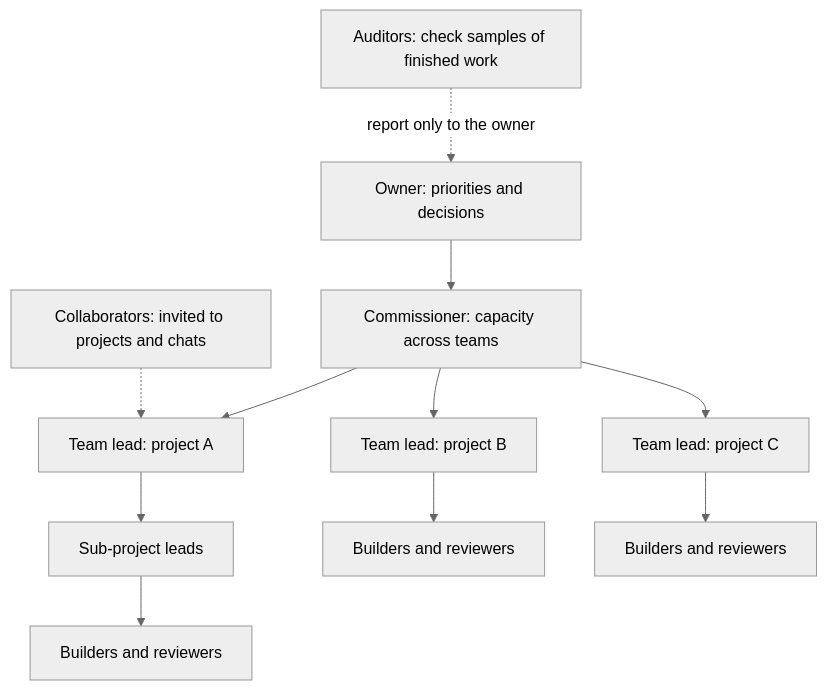
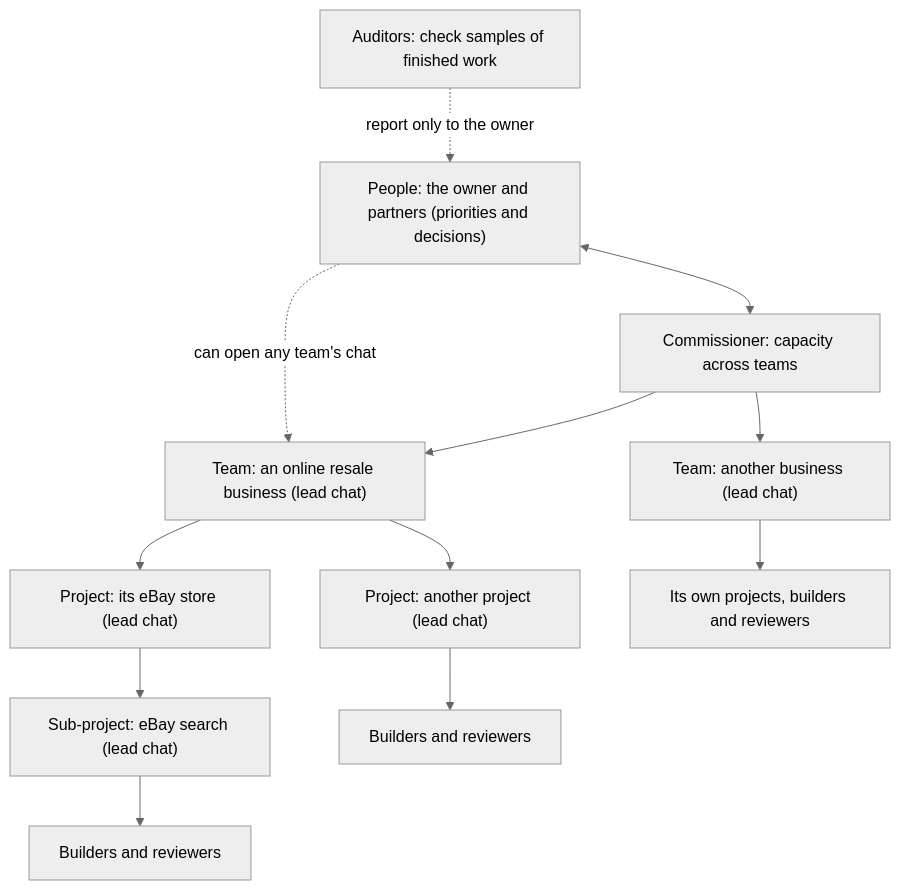
Before and after one commit to TrendyLuxe-Club/agent-dispatch-dashboard-overview: the first of 2 diagrams in README.md, drawn with Mermaid (neutral theme). The commit also changed other lines of this file, not shown here.

First line of the commit message:
Revise README for shared workspace and team structure

````diff
--- a/README.md
+++ b/README.md
@@ -30,13 +30,14 @@
 ```mermaid
 flowchart TB
-  O[Owner: priorities and decisions] --> C[Commissioner: capacity across teams]
-  C --> T1[Team lead: project A]
-  C --> T2[Team lead: project B]
-  C --> T3[Team lead: project C]
-  T1 --> S1[Sub-project leads]
+  O["People: the owner and partners (priorities and decisions)"] <--> C[Commissioner: capacity across teams]
+  O -.->|can open any team's chat| T1
+  C --> T1["Team: an online resale business (lead chat)"]
+  C --> T2["Team: another business (lead chat)"]
+  T1 --> P1["Project: its eBay store (lead chat)"]
+  T1 --> P2["Project: another project (lead chat)"]
+  P1 --> S1["Sub-project: eBay search (lead chat)"]
   S1 --> W1[Builders and reviewers]
-  T2 --> W2[Builders and reviewers]
-  T3 --> W3[Builders and reviewers]
+  P2 --> W2[Builders and reviewers]
+  T2 --> W3[Its own projects, builders and reviewers]
   F[Auditors: check samples of finished work] -.->|report only to the owner| O
-  H[Collaborators: invited to projects and chats] -.-> T1
 ```
````
